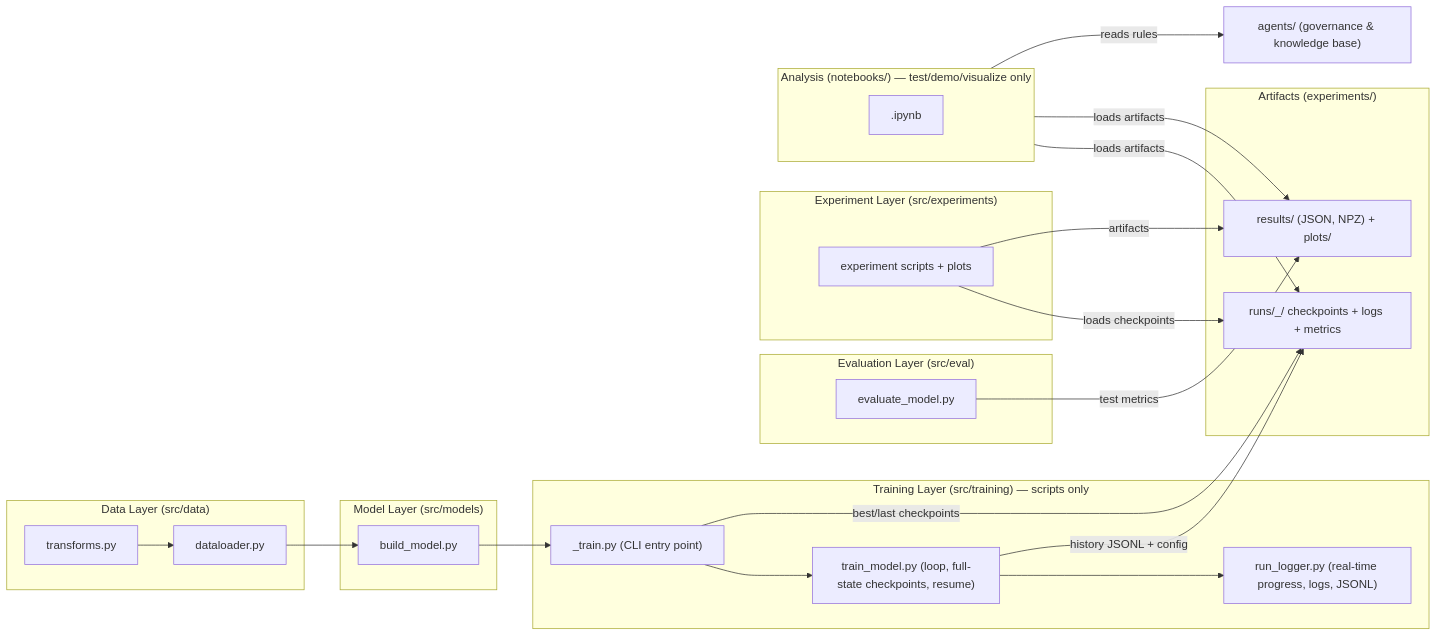
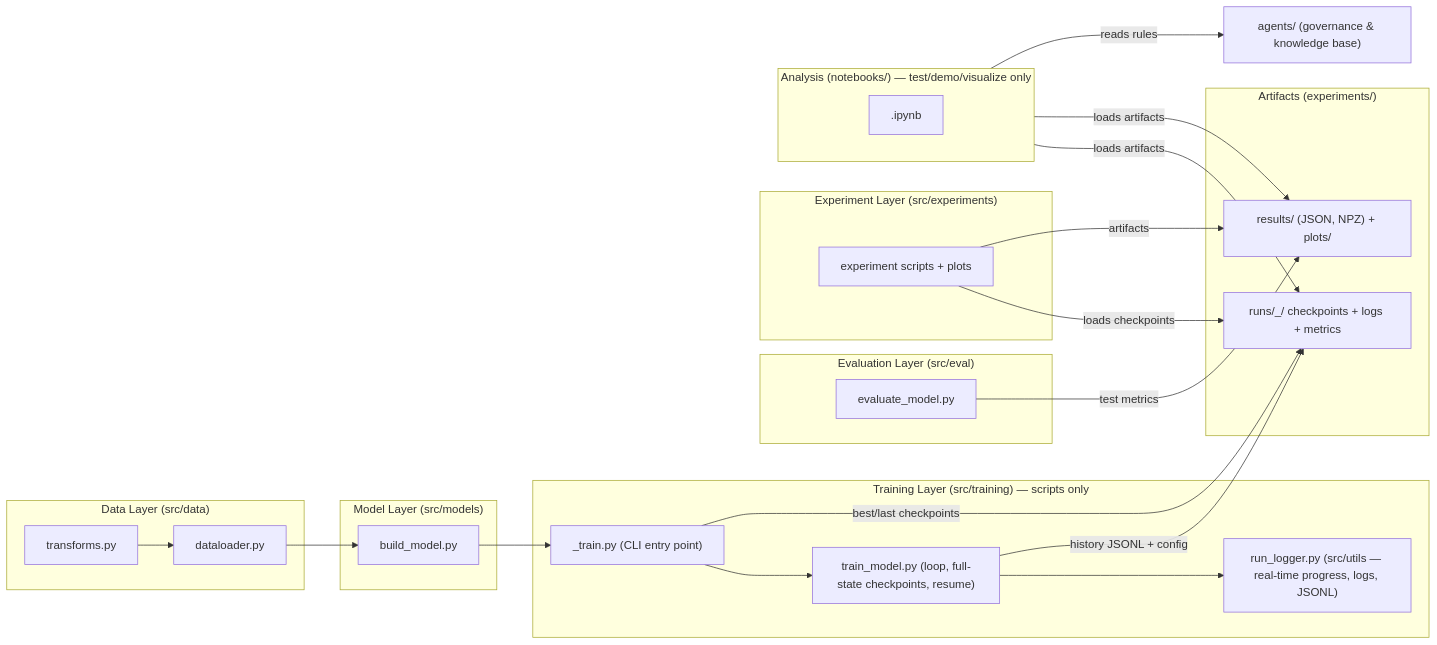
One commit to zombieTDV/Deeplearning_Course_UTH changed the diagram in README.MD. Above: the diagram before and after it, drawn with Mermaid. The commit also changed other lines of this file and 21 other files, not shown here.

````diff
--- a/README.MD
+++ b/README.MD
@@ -22,43 +22,43 @@
 ```mermaid
 flowchart LR
     subgraph DATA["Data Layer (src/data)"]
         A1["transforms.py"] --> A2["dataloader.py"]
     end
 
     subgraph MODEL["Model Layer (src/models)"]
         B1["build_model.py"]
     end
 
     subgraph TRAIN["Training Layer (src/training) — scripts only"]
         C1["<feature>_train.py (CLI entry point)"]
         C2["train_model.py (loop, full-state checkpoints, resume)"]
-        C3["run_logger.py (real-time progress, logs, JSONL)"]
+        C3["run_logger.py (src/utils — real-time progress, logs, JSONL)"]
     end
 
     subgraph EVAL["Evaluation Layer (src/eval)"]
         D1["evaluate_model.py"]
     end
 
     subgraph EXP["Experiment Layer (src/experiments)"]
         E1["experiment scripts + plots"]
     end
 
     subgraph OUT["Artifacts (experiments/)"]
         F1["runs/<ts>_<run>/ checkpoints + logs + metrics"]
         F2["results/ (JSON, NPZ) + plots/"]
     end
 
     subgraph NB["Analysis (notebooks/) — test/demo/visualize only"]
         G1["<analysis>.ipynb"]
     end
 
     A2 --> B1 --> C1 --> C2 --> C3
     C1 -->|"best/last checkpoints"| F1
     C2 -->|"history JSONL + config"| F1
     E1 -->|"loads checkpoints"| F1
     E1 -->|"artifacts"| F2
     D1 -->|"test metrics"| F2
     NB -->|"loads artifacts"| F1
     NB -->|"loads artifacts"| F2
     NB -->|"reads rules"| GOV["agents/ (governance & knowledge base)"]
 ```
````
